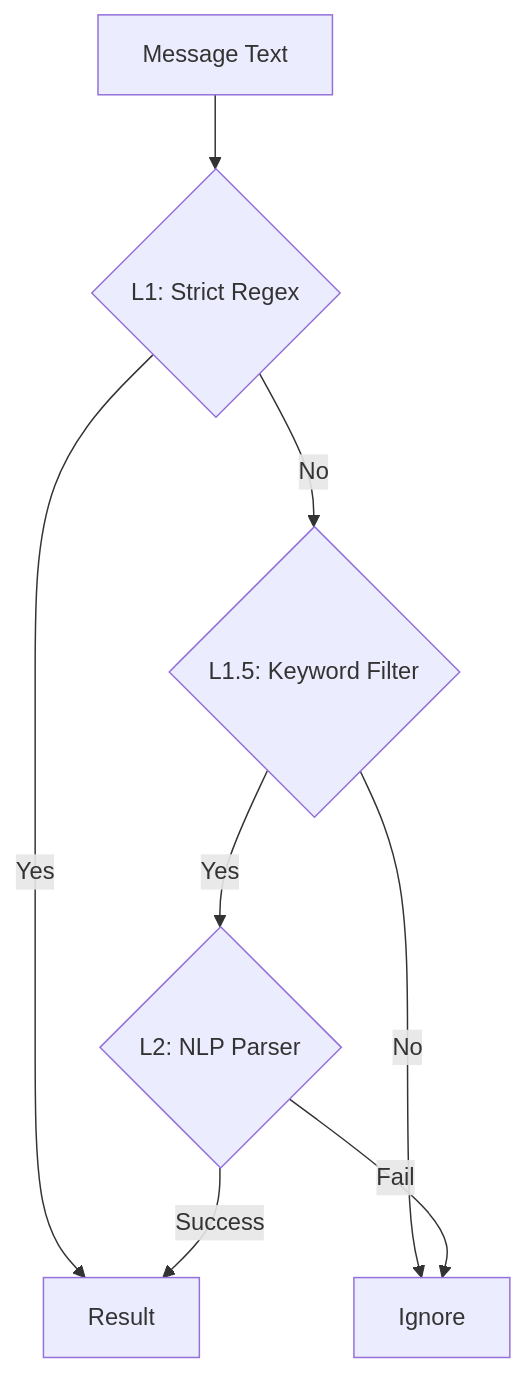
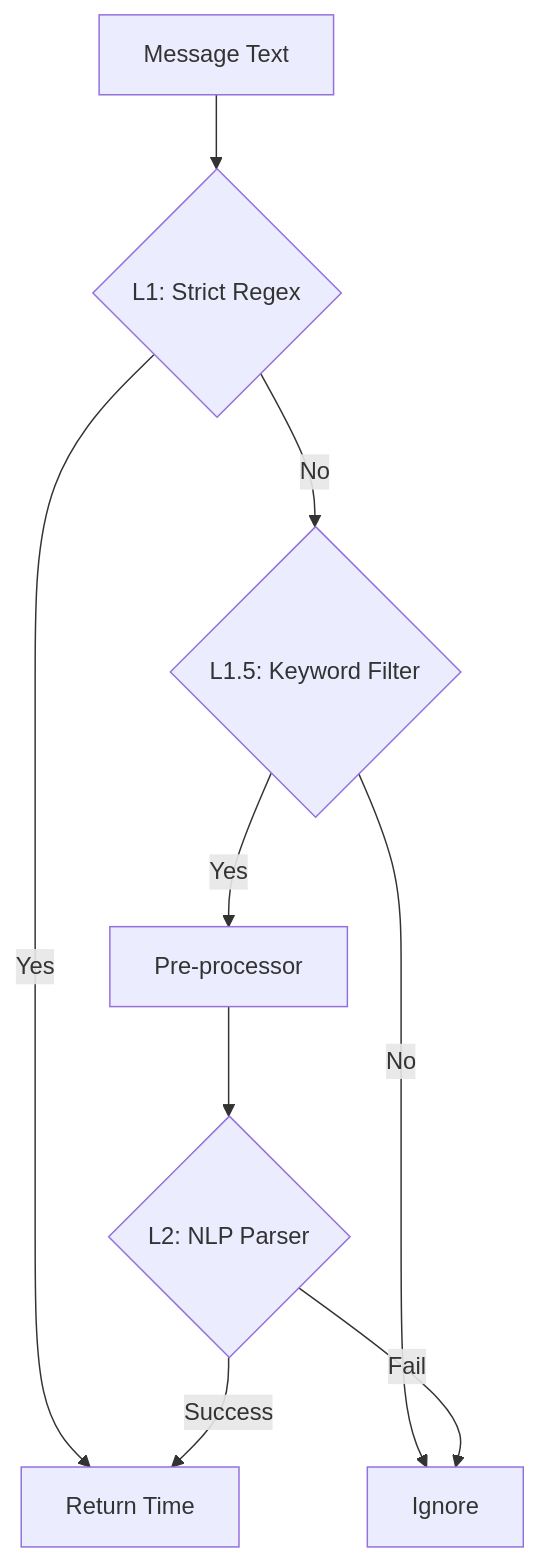
Before and after one commit to antlbn/Timezone_bot: the diagram in journal/12_nlp_fuzzy_capture.md, drawn with Mermaid. The commit also changed other lines of this file and 3 other files, not shown here.

````diff
--- a/journal/12_nlp_fuzzy_capture.md
+++ b/journal/12_nlp_fuzzy_capture.md
@@ -10,10 +10,11 @@
 ```mermaid
 graph TD
     A[Message Text] --> B{L1: Strict Regex}
-    B -- Yes --> C[Result]
+    B -- Yes --> C[Return Time]
     B -- No --> D{L1.5: Keyword Filter}
     D -- No --> E[Ignore]
-    D -- Yes --> F{L2: NLP Parser}
+    D -- Yes --> G[Pre-processor]
+    G --> F{L2: NLP Parser}
     F -- Success --> C
     F -- Fail --> E
 ```
````
